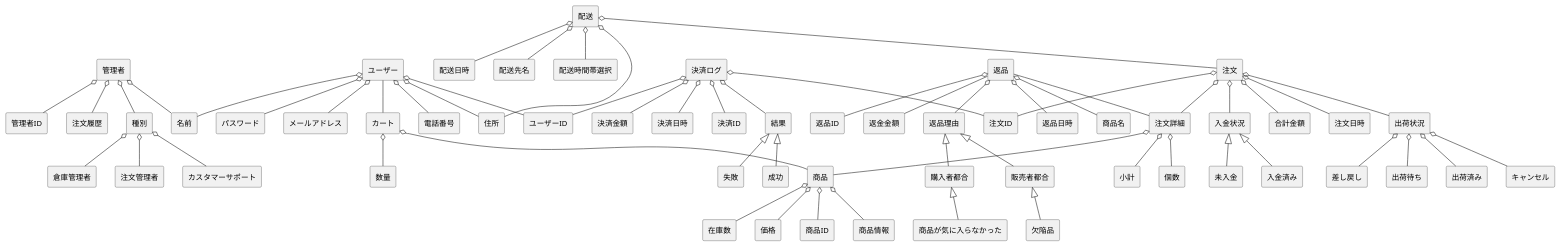
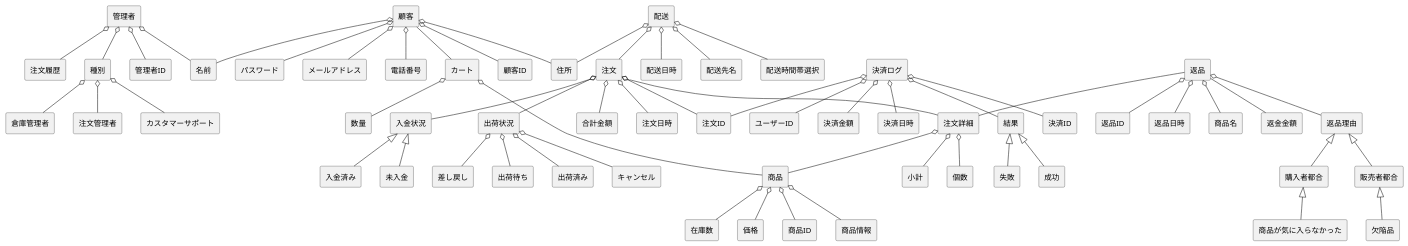
Before and after one commit to tagamiren/ohara_uml: the diagram in group/BBshop/domain1.pu, drawn with PlantUML. The commit also changed 2 other files, not shown here.

```diff
--- a/group/BBshop/domain1.pu
+++ b/group/BBshop/domain1.pu
@@ -1,108 +1,108 @@
 @startuml bbショップドメインモデル図
 skinparam componentStyle rectangle
 
 [管理者] o-- [管理者ID]
 [管理者] o-- [注文履歴]
 [管理者] o-- [名前]
 ' [管理者] -- [返品]
 [管理者] o-- [種別]
 [種別] o-- [倉庫管理者]
 [種別] o-- [注文管理者]
 [種別] o-- [カスタマーサポート]
-[ユーザー] o-- [ユーザーID]
-[ユーザー] o-- [パスワード]
-[ユーザー] o-- [名前]
-[ユーザー] o-- [住所]
-[ユーザー] o-- [メールアドレス]
-[ユーザー] o-- [電話番号]
-[ユーザー] -- [カート]
+[顧客] o-- [顧客ID]
+[顧客] o-- [パスワード]
+[顧客] o-- [名前]
+[顧客] o-- [住所]
+[顧客] o-- [メールアドレス]
+[顧客] o-- [電話番号]
+[顧客] -- [カート]
 
 ' 注文
 [注文] o-- [合計金額]
 [注文] o-- [注文ID]
 [注文] o-- [注文日時]
 [注文] o-- [注文詳細]
 [注文] o-- [出荷状況]
 [注文] o-- [入金状況]
 
 ' 入金状況
 [入金状況] <|-- [入金済み]
 [入金状況] <|-- [未入金]
 
 
 ' 注文詳細
 [注文詳細] o-- [商品]
 [注文詳細] o-- [個数]
 [注文詳細] o-- [小計]
 
 
 ' 配送
 [配送] o-- [注文]
 [配送] o-- [住所]
 [配送] o-- [配送日時]
 [配送] o-- [配送先名]
 [配送] o-- [配送時間帯選択]
 
 ' カート
 [カート] o-- [数量]
 [カート] o-- [商品]
 
 ' 商品
 [商品] o-- [商品ID]
 [商品] o-- [商品情報]
 [商品] o-- [在庫数]
 [商品] o-- [価格]
 
 ' 返品
 [返品] o-- [返品理由]
 [返品] o-- [返品ID]
 [返品] o-- [返品日時]
 [返品] o-- [商品名]
 ' [返品] o-- [注文ID]注文詳細でいいのかも
 [返品] -- [返金金額]
 [返品] -- [注文詳細]
 
 ' 返品理由
 [返品理由] <|-- [販売者都合]
 [返品理由] <|-- [購入者都合]
 
 ' 販売者都合
 [販売者都合] <|-- [欠陥品]
 
 ' 購入者都合
 [購入者都合] <|-- [商品が気に入らなかった]
 
 ' 返金
 ' [返金] o-- [返金金額]
 
 ' 注文履歴
 ' [注文履歴] o-- [決済金額]
 ' [注文履歴] o-- [注文ID]
 ' [注文履歴] o-- [注文日時]
 ' 注文も出るにすでに含まれるかも
 
 
 ' 出荷状況確認
 ' [出荷状況] o-- [出荷準備中]
 [出荷状況] o-- [出荷待ち]
 [出荷状況] o-- [出荷済み]
 [出荷状況] o-- [キャンセル]
 [出荷状況] o-- [差し戻し]
 
 ' 決済ログ
 [決済ログ] o-- [決済ID]
 [決済ログ] o-- [注文ID]
 [決済ログ] o-- [ユーザーID]
 [決済ログ] o-- [決済金額]
 [決済ログ] o-- [決済日時]
 [決済ログ] o-- [結果]
 [結果] <|-- [成功] 
 [結果] <|-- [失敗]
 
 
 
 
 
 
 
 @enduml
```
